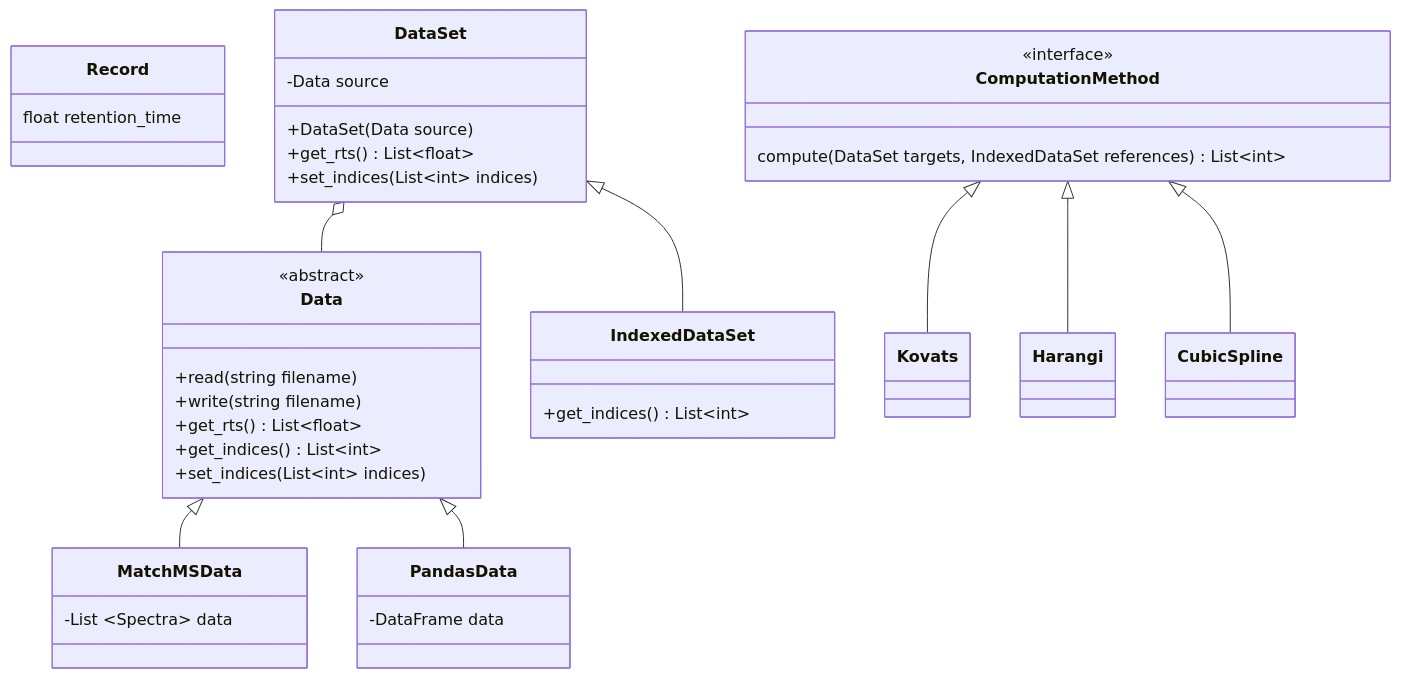
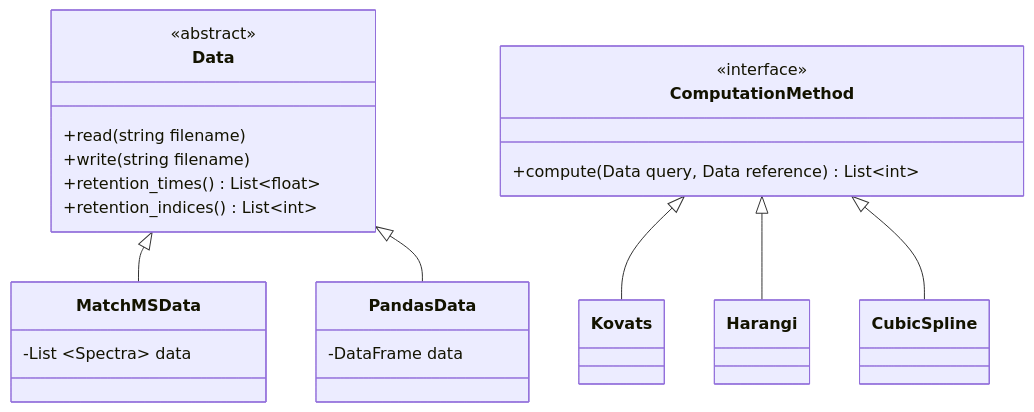
One commit to RECETOX/RIAssigner changed the diagram in README.md. Above: the diagram before and after it, drawn with Mermaid.

Commit message:
Simplified class diagram

````diff
--- a/README.md
+++ b/README.md
@@ -13,62 +13,43 @@
 ```mermaid
 classDiagram
-    class Record {
-        float retention_time
-    }
-
     class MatchMSData{
         -List ~Spectra~ data
     }
 
     class PandasData {
         -DataFrame data
     }
 
     Data <|-- MatchMSData
     Data <|-- PandasData
 
     class Data{
         <<abstract>>
         +read(string filename)
         +write(string filename)
-        +get_rts() List~float~
-        +get_indices() List~int~
-        +set_indices(List~int~ indices)
+        +retention_times() List~float~
+        +retention_indices() List~int~
     }
 
-    class DataSet{
-        -Data source
-        +DataSet(Data source)
-        +get_rts() List~float~
-        +set_indices(List~int~ indices)
-    }
-
-    DataSet o-- Data
-
-    class IndexedDataSet{
-        +get_indices() List~int~
-    }
-
-    DataSet <|-- IndexedDataSet
 
     class ComputationMethod{
         <<interface>>
-        compute(DataSet targets, IndexedDataSet references) List~int~
+        +compute(Data query, Data reference) List~int~
 
     }
 
     class Kovats {
 
     }
     class Harangi {
 
     }
     class CubicSpline {
 
     }
 
     ComputationMethod <|-- Kovats
     ComputationMethod <|-- Harangi
     ComputationMethod <|-- CubicSpline
 
 ```
````
